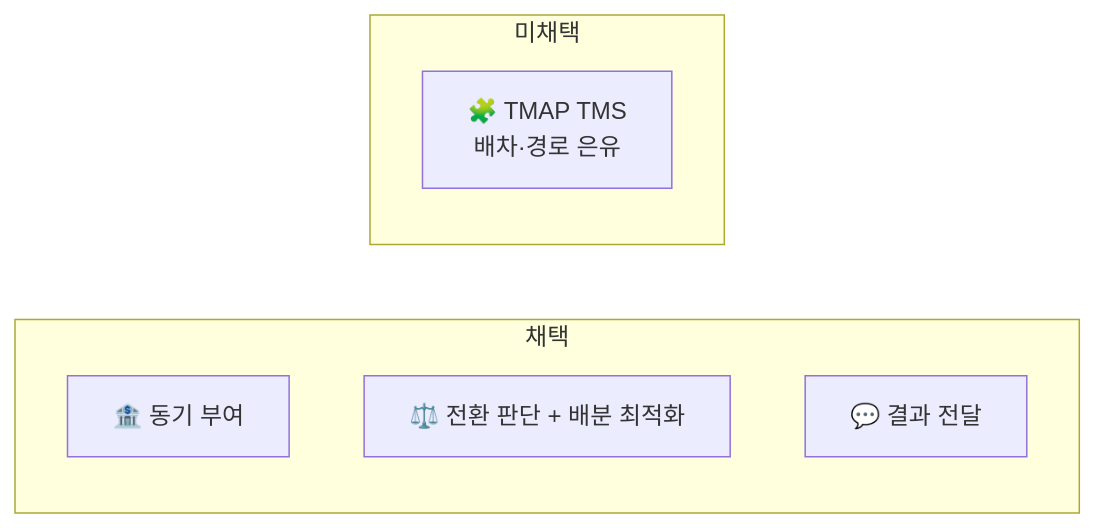
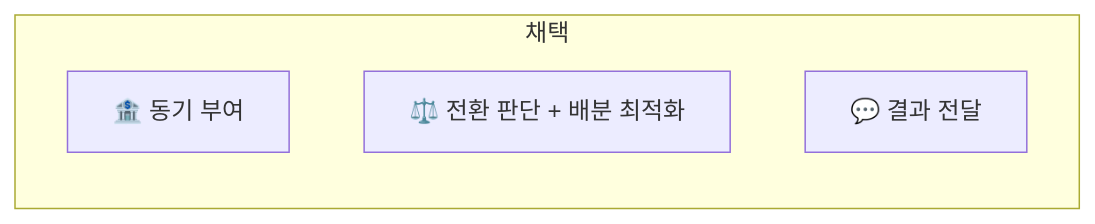
The third of 3 diagrams in 윤정/0820/메커니즘_벤치마킹_분석_리포트.md (jennie-brain/team-project_2nd), drawn with Mermaid before and after one commit. The commit also changed other lines of this file, not shown here.

First line of the commit message:
메커니즘 벤치마킹 리포트에서 TMAP TMS 절 제거

````diff
--- a/윤정/0820/메커니즘_벤치마킹_분석_리포트.md
+++ b/윤정/0820/메커니즘_벤치마킹_분석_리포트.md
@@ -228,13 +204,9 @@
 ```mermaid
 flowchart LR
     subgraph 채택
         direction TB
         L1["🏦 동기 부여"]
         L2["⚖️ 전환 판단 + 배분 최적화"]
         L4["💬 결과 전달"]
     end
-    subgraph 미채택
-        direction TB
-        X1["🧩 TMAP TMS<br/>배차·경로 은유"]
-    end
 ```
````
